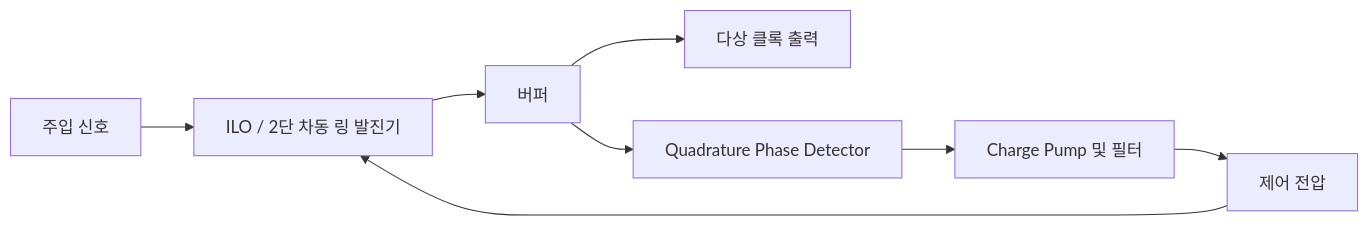
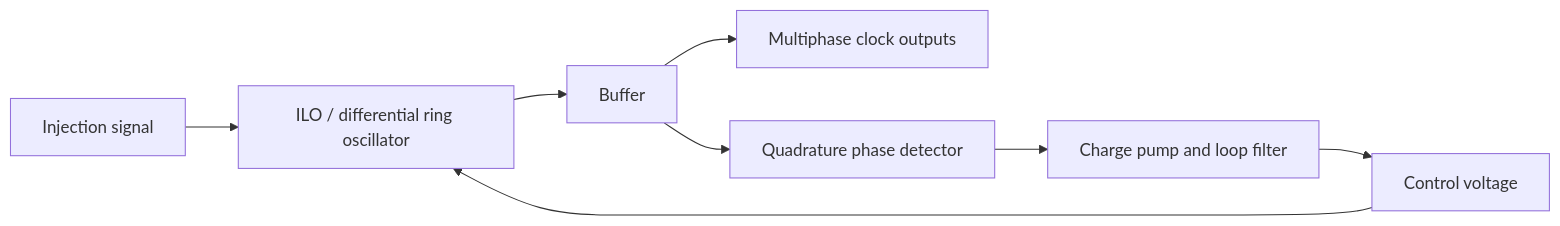
Before and after one commit to mnju33/QLL-Design: the diagram in README.md, drawn with Mermaid. The commit also changed other lines of this file, not shown here.

````diff
--- a/README.md
+++ b/README.md
@@ -28,10 +19,10 @@
 ```mermaid
 flowchart LR
-    REF[주입 신호] --> ILO[ILO / 2단 차동 링 발진기]
-    ILO --> BUF[버퍼]
-    BUF --> OUT[다상 클록 출력]
-    BUF --> QPD[Quadrature Phase Detector]
-    QPD --> CP[Charge Pump 및 필터]
-    CP --> CTRL[제어 전압]
+    REF[Injection signal] --> ILO[ILO / differential ring oscillator]
+    ILO --> BUF[Buffer]
+    BUF --> OUT[Multiphase clock outputs]
+    BUF --> QPD[Quadrature phase detector]
+    QPD --> CP[Charge pump and loop filter]
+    CP --> CTRL[Control voltage]
     CTRL --> ILO
 ```
````
